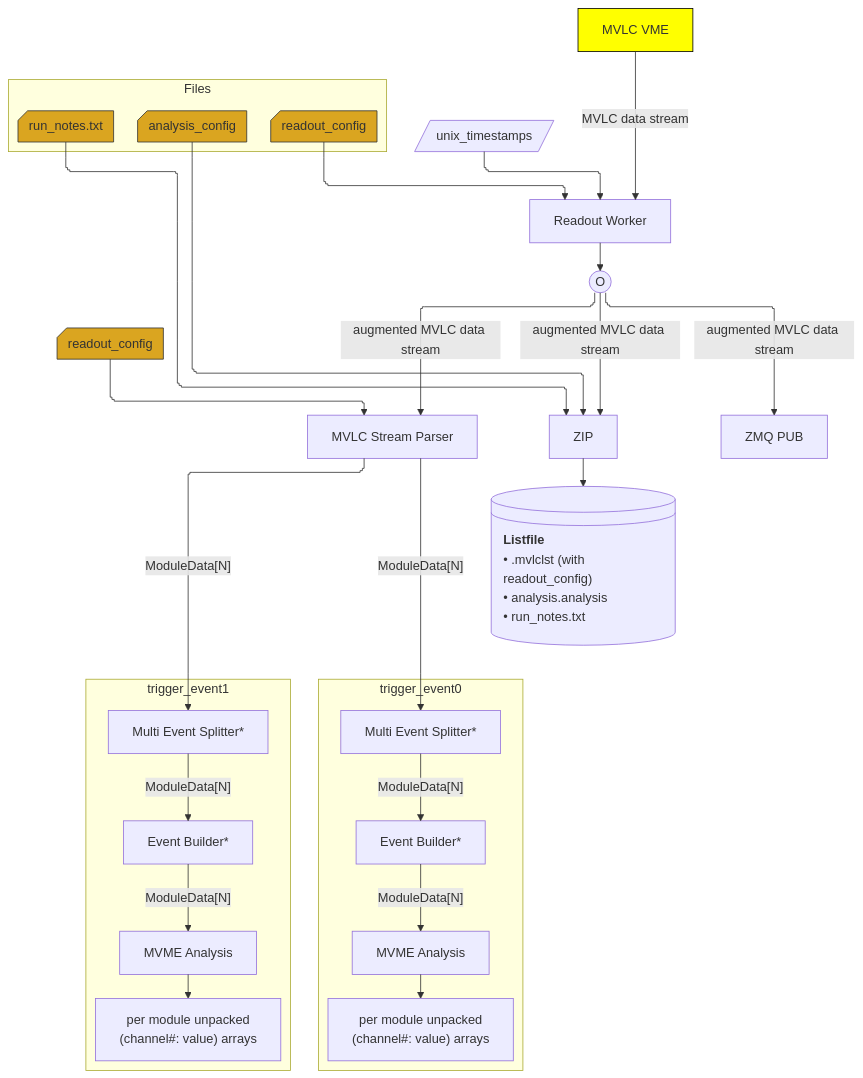
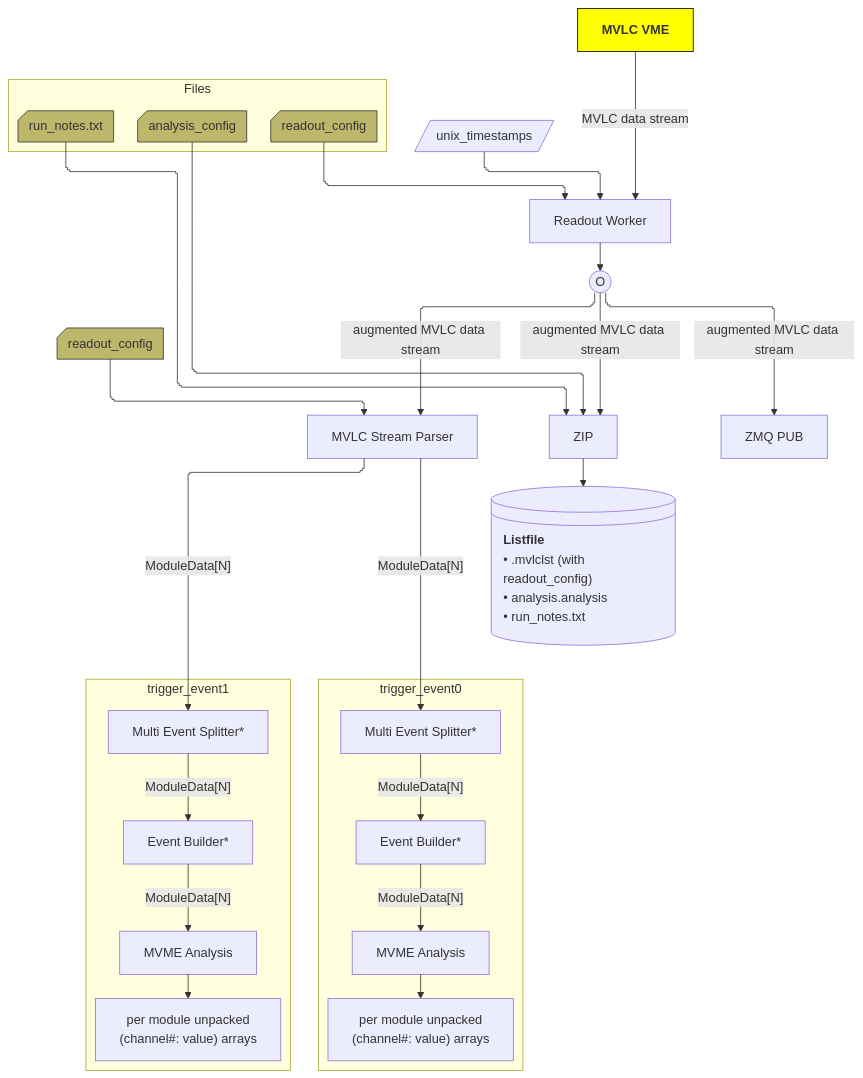
One commit to flueke/mvme changed the diagram in doc/readout_data_processing_pipeline.mmd. Above: the diagram before and after it, drawn with Mermaid. The commit also changed 1 other file, not shown here.

Commit message:
more mermaid

```diff
--- a/doc/readout_data_processing_pipeline.mmd
+++ b/doc/readout_data_processing_pipeline.mmd
@@ -1,63 +1,63 @@
 ---
 config:
   title: mvme readout data processing pipeline
   theme: default
   look: default
   layout: elk
   flowchart:
     curve: stepAfter
 ---
 
 flowchart TD
-    mvlc[MVLC VME] -->|MVLC data stream| readout_worker
+    mvlc["`**MVLC VME**`"] -->|MVLC data stream| readout_worker
     readout_worker[Readout Worker]
     readout_worker --> distribute[O]@{ shape: circle}
 
 
     readout_parser -->|"`ModuleData[N]`"| multi_event_splitter[Multi Event Splitter*]
     subgraph trigger_event0
         multi_event_splitter -->|"`ModuleData[N]`"| event_builder[Event Builder*]
         event_builder -->|"`ModuleData[N]`"| analysis[MVME Analysis]
         analysis --> unpacked_data["per module unpacked<br>(channel#: value) arrays"]
     end
 
     readout_parser -->|"`ModuleData[N]`"| multi_event_splitter1[Multi Event Splitter*]
     subgraph trigger_event1
         multi_event_splitter1 -->|"`ModuleData[N]`"| event_builder1[Event Builder*]
         event_builder1 -->|"`ModuleData[N]`"| analysis1[MVME Analysis]
         analysis1 --> unpacked_data1["per module unpacked<br>(channel#: value) arrays"]
     end
 
     unix_timestamp[unix_timestamps]@{shape: lean-r } --> readout_worker
     zip[ZIP] --> listfile
     listfile["`**Listfile**
     • .mvlclst (with readout_config)
     • analysis.analysis
     • run_notes.txt`"]@{ shape: lin-cyl}
     style listfile text-align: left
     distribute -->|augmented MVLC data stream| zmq["ZMQ PUB"]
     distribute -->|augmented MVLC data stream| zip
     distribute -->|augmented MVLC data stream| readout_parser[MVLC Stream Parser]
 
     subgraph files[Files]
         readout_config
         analysis_config
         run_notes.txt
     end
 
     readout_config --> readout_worker
     analysis_config --> zip
     run_notes.txt --> zip
 
     readout_config@{ shape:  card }
     analysis_config@{ shape:  card }
     run_notes.txt@{ shape:  card }
 
     readout_config2[readout_config]@{ shape:  card } --> readout_parser
 
     %% class based styling
-    classDef files fill:goldenrod,stroke:#333;
+    classDef files fill:darkkhaki,stroke:#333;
     class readout_config,analysis_config,run_notes.txt,readout_config2 files;
 
     classDef mvlc fill:yellow,stroke:#000;
     class mvlc mvlc;
```
